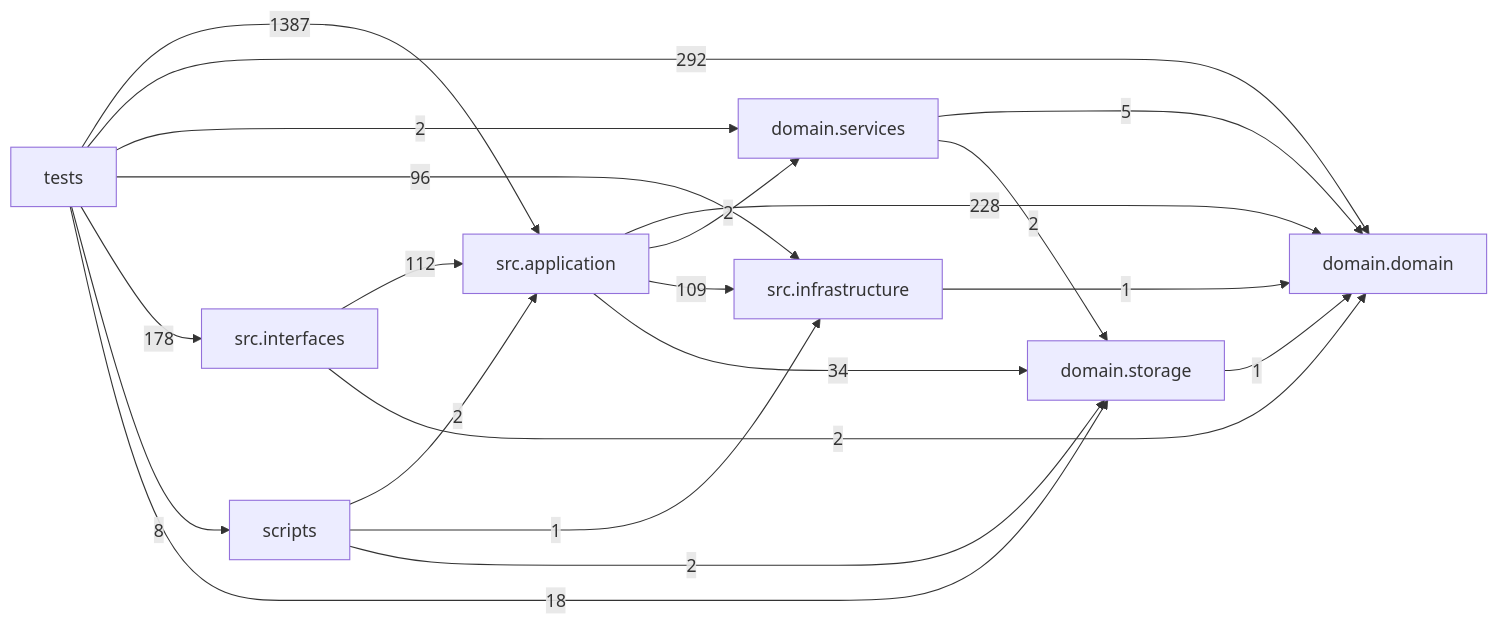
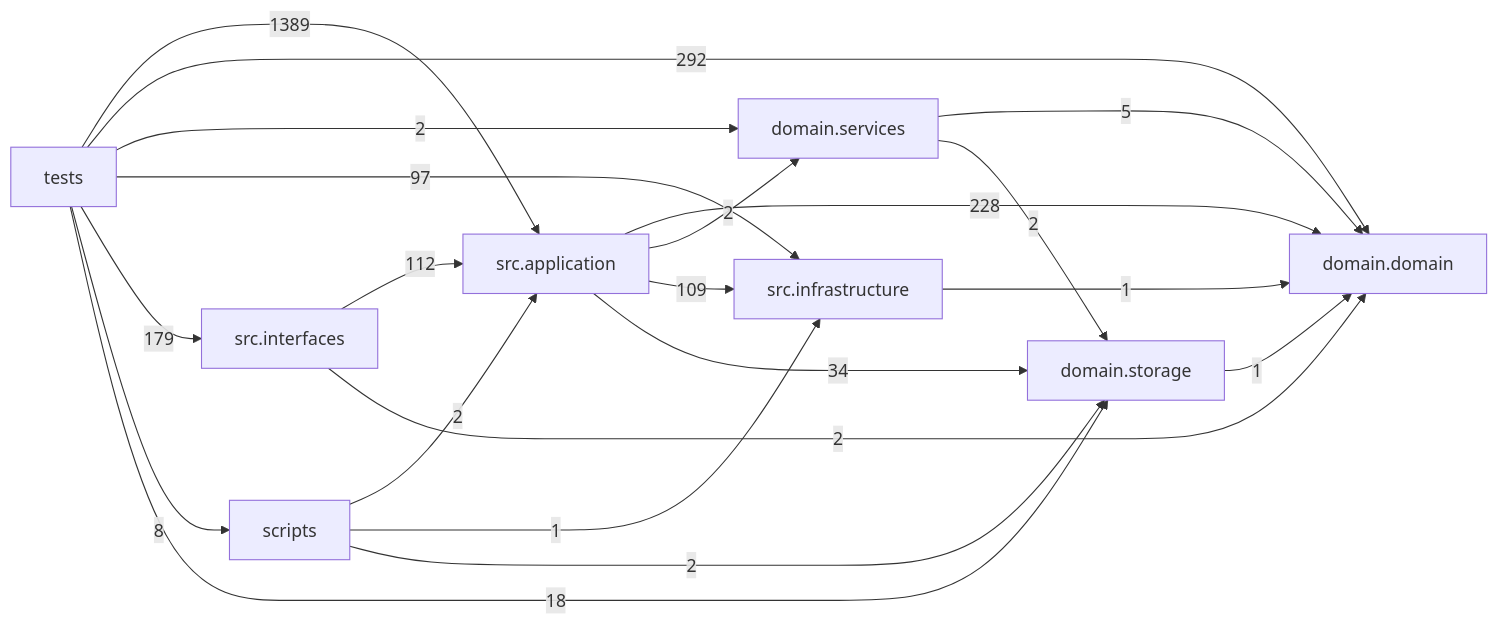
One commit to liuxie066/options-monitor changed the diagram in docs/DEPENDENCY_GRAPH.md. Above: the diagram before and after it, drawn with Mermaid. The commit also changed other lines of this file and 22 other files, not shown here.

````diff
--- a/docs/DEPENDENCY_GRAPH.md
+++ b/docs/DEPENDENCY_GRAPH.md
@@ -24,31 +24,31 @@
 ```mermaid
 flowchart LR
   tests["tests"]
   scripts["scripts"]
   interfaces["src.interfaces"]
   application["src.application"]
   infrastructure["src.infrastructure"]
   domain_services["domain.services"]
   domain["domain.domain"]
   storage["domain.storage"]
   application -->|228| domain
   application -->|2| domain_services
   application -->|109| infrastructure
   application -->|34| storage
   domain_services -->|5| domain
   domain_services -->|2| storage
   infrastructure -->|1| domain
   interfaces -->|112| application
   interfaces -->|2| domain
   scripts -->|2| application
   scripts -->|1| infrastructure
   scripts -->|2| storage
   storage -->|1| domain
-  tests -->|1387| application
+  tests -->|1389| application
   tests -->|292| domain
   tests -->|2| domain_services
-  tests -->|96| infrastructure
-  tests -->|178| interfaces
+  tests -->|97| infrastructure
+  tests -->|179| interfaces
   tests -->|8| scripts
   tests -->|18| storage
 ```
````
